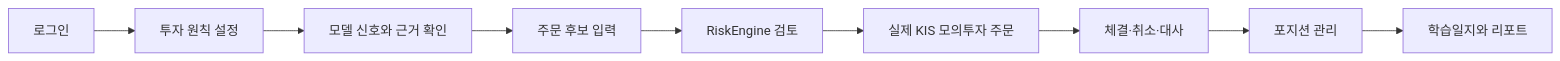
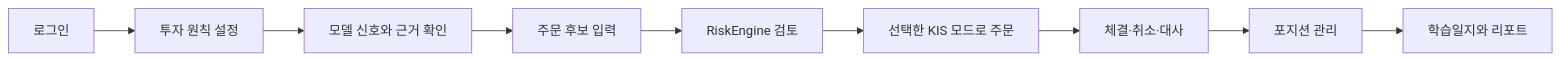
The first of 2 diagrams in README.md (robinhood0107/Capstone-AI-Trading-Coach), drawn with Mermaid before and after one commit. The commit also changed other lines of this file, not shown here.

Commit message:
docs: define single KIS mock-live brokerage mode [skip ci]

````diff
--- a/README.md
+++ b/README.md
@@ -77,11 +85,11 @@
 ```mermaid
 flowchart LR
     A["로그인"] --> B["투자 원칙 설정"]
     B --> C["모델 신호와 근거 확인"]
     C --> D["주문 후보 입력"]
     D --> E["RiskEngine 검토"]
-    E --> F["실제 KIS 모의투자 주문"]
+    E --> F["선택한 KIS 모드로 주문"]
     F --> G["체결·취소·대사"]
     G --> H["포지션 관리"]
     H --> I["학습일지와 리포트"]
 ```
````
